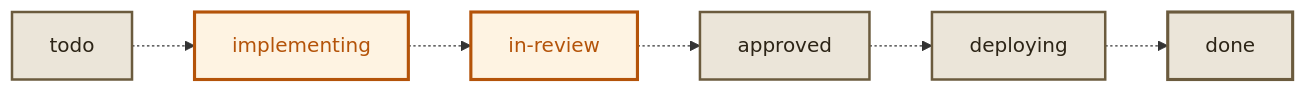
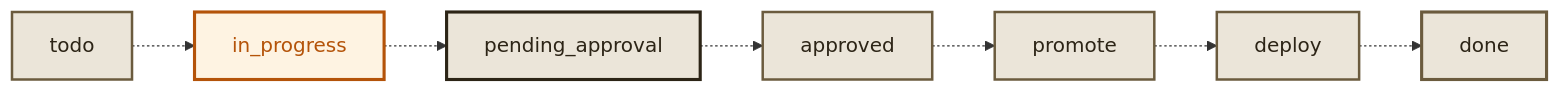
One commit to dunkinfrunkin/maestro changed the first of 5 diagrams in docs/docs/pipeline.mdx. Above: the diagram before and after it, drawn with Mermaid. The commit also changed other lines of this file and 5 other files, not shown here.

First line of the commit message:
feat: new pipeline statuses - todo, in_progress, pending_approval, failed, halted

````diff
--- a/docs/docs/pipeline.mdx
+++ b/docs/docs/pipeline.mdx
@@ -10,11 +10,12 @@
 ```mermaid
 graph LR
-  TODO["todo"] -.-> IMP["implementing"] -.-> REV["in-review"] -.-> APP["approved"] -.-> DEP["deploying"] -.-> DONE["done"]
+  TODO["todo"] -.-> IP["in_progress"] -.-> PA["pending_approval"] -.-> APP["approved"] -.-> PRO["promote"] -.-> DEP["deploy"] -.-> DONE["done"]
 
   style TODO fill:#ebe5d9,stroke:#6b5b3e,stroke-width:2px,color:#2c2416
-  style IMP fill:#fef3e2,stroke:#b45309,stroke-width:2.5px,color:#b45309
-  style REV fill:#fef3e2,stroke:#b45309,stroke-width:2.5px,color:#b45309
+  style IP fill:#fef3e2,stroke:#b45309,stroke-width:2.5px,color:#b45309
+  style PA fill:#ebe5d9,stroke:#2c2416,stroke-width:2.5px,color:#2c2416
   style APP fill:#ebe5d9,stroke:#6b5b3e,stroke-width:2px,color:#2c2416
+  style PRO fill:#ebe5d9,stroke:#6b5b3e,stroke-width:2px,color:#2c2416
   style DEP fill:#ebe5d9,stroke:#6b5b3e,stroke-width:2px,color:#2c2416
   style DONE fill:#ebe5d9,stroke:#6b5b3e,stroke-width:2.5px,color:#2c2416
 ```
````
